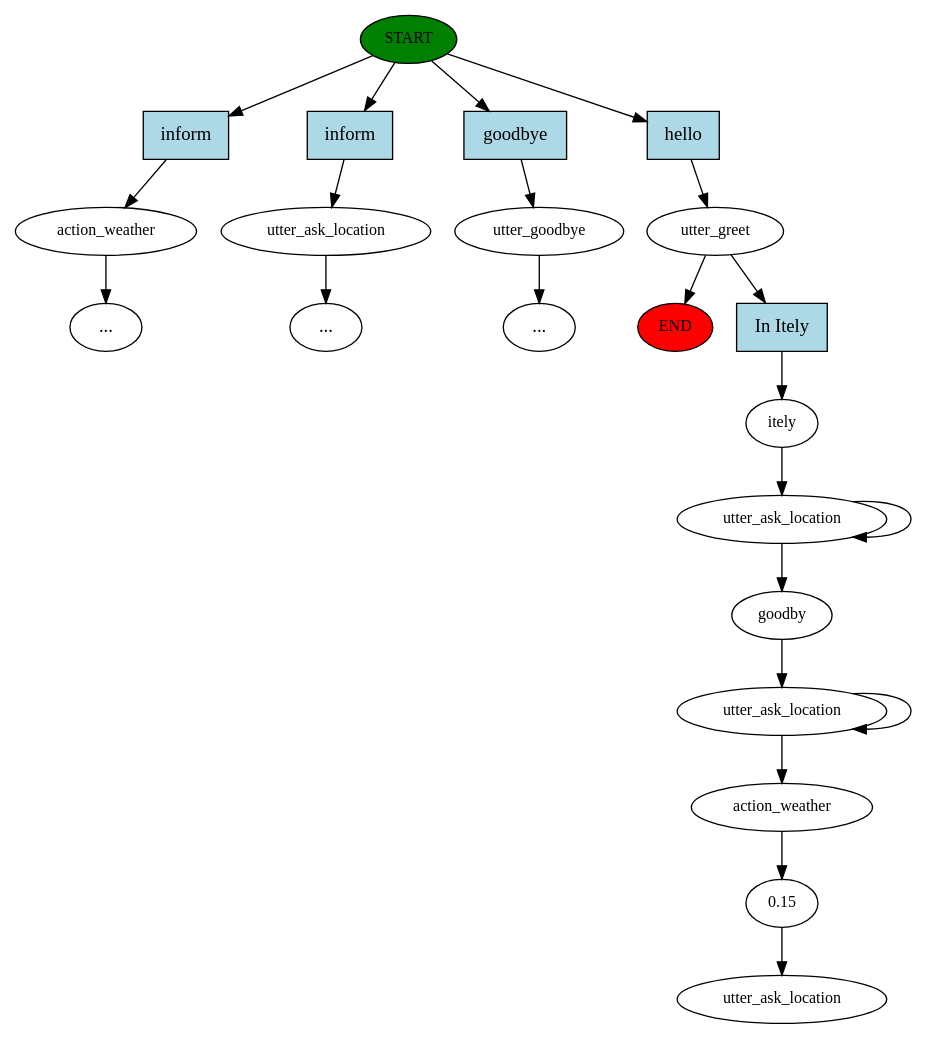
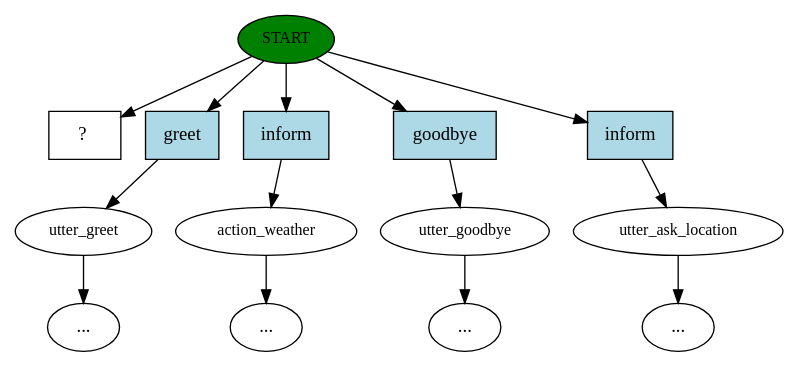
Before and after one commit to venkatram64/rasa_con_chat: the diagram in story_graph.dot, drawn with Graphviz. The commit also changed 4 other files, not shown here.

```diff
--- a/story_graph.dot
+++ b/story_graph.dot
@@ -1,45 +1,29 @@
 digraph  {
 0 [class="start active", fillcolor=green, fontsize=12, label=START, style=filled];
-"-1" [class=end, fillcolor=red, fontsize=12, label=END, style=filled];
-1 [class="", fontsize=12, label=action_weather];
+1 [class="", fontsize=12, label=utter_greet];
 "-3" [class=ellipsis, label="..."];
-2 [class="", fontsize=12, label=utter_ask_location];
+2 [class="", fontsize=12, label=action_weather];
 "-4" [class=ellipsis, label="..."];
 3 [class="", fontsize=12, label=utter_goodbye];
 "-5" [class=ellipsis, label="..."];
-4 [class=active, fontsize=12, label=utter_greet];
-6 [class=active, fontsize=12, label=itely];
-7 [class=active, fontsize=12, label=utter_ask_location];
-11 [class=active, fontsize=12, label=goodby];
-12 [class=active, fontsize=12, label=utter_ask_location];
-18 [class=active, fontsize=12, label=action_weather];
-19 [class=active, fontsize=12, label="0.15"];
-20 [class="dashed active", fontsize=12, label=utter_ask_location];
-21 [class=intent, fillcolor=lightblue, label=inform, shape=rect, style=filled];
-22 [class=intent, fillcolor=lightblue, label=inform, shape=rect, style=filled];
-23 [class=intent, fillcolor=lightblue, label=goodbye, shape=rect, style=filled];
-24 [class="intent active", fillcolor=lightblue, label=hello, shape=rect, style=filled];
-25 [class="intent active", fillcolor=lightblue, label="In Itely", shape=rect, style=filled];
-0 -> 21  [class="", key=0];
-0 -> 22  [class="", key=0];
-0 -> 23  [class="", key=0];
-0 -> 24  [class=active, key=0];
+4 [class="", fontsize=12, label=utter_ask_location];
+"-6" [class=ellipsis, label="..."];
+5 [class="intent dashed active", label="  ?  ", shape=rect];
+6 [class=intent, fillcolor=lightblue, label=greet, shape=rect, style=filled];
+7 [class=intent, fillcolor=lightblue, label=inform, shape=rect, style=filled];
+8 [class=intent, fillcolor=lightblue, label=goodbye, shape=rect, style=filled];
+9 [class=intent, fillcolor=lightblue, label=inform, shape=rect, style=filled];
+0 -> 5  [class=active, key=NONE, label=""];
+0 -> 6  [class="", key=0];
+0 -> 7  [class="", key=0];
+0 -> 8  [class="", key=0];
+0 -> 9  [class="", key=0];
 1 -> "-3"  [class="", key=NONE, label=""];
 2 -> "-4"  [class="", key=NONE, label=""];
 3 -> "-5"  [class="", key=NONE, label=""];
-4 -> "-1"  [class="", key=NONE, label=""];
-4 -> 25  [class=active, key=0];
-6 -> 7  [class=active, key=NONE, label=""];
-7 -> 7  [class=active, key=NONE, label=""];
-7 -> 11  [class=active, key=NONE, label=""];
-11 -> 12  [class=active, key=NONE, label=""];
-12 -> 12  [class=active, key=NONE, label=""];
-12 -> 18  [class=active, key=NONE, label=""];
-18 -> 19  [class=active, key=NONE, label=""];
-19 -> 20  [class=active, key=NONE, label=""];
-21 -> 1  [class="", key=0];
-22 -> 2  [class="", key=0];
-23 -> 3  [class="", key=0];
-24 -> 4  [class=active, key=0];
-25 -> 6  [class=active, key=0];
+4 -> "-6"  [class="", key=NONE, label=""];
+6 -> 1  [class="", key=0];
+7 -> 2  [class="", key=0];
+8 -> 3  [class="", key=0];
+9 -> 4  [class="", key=0];
 }
```
